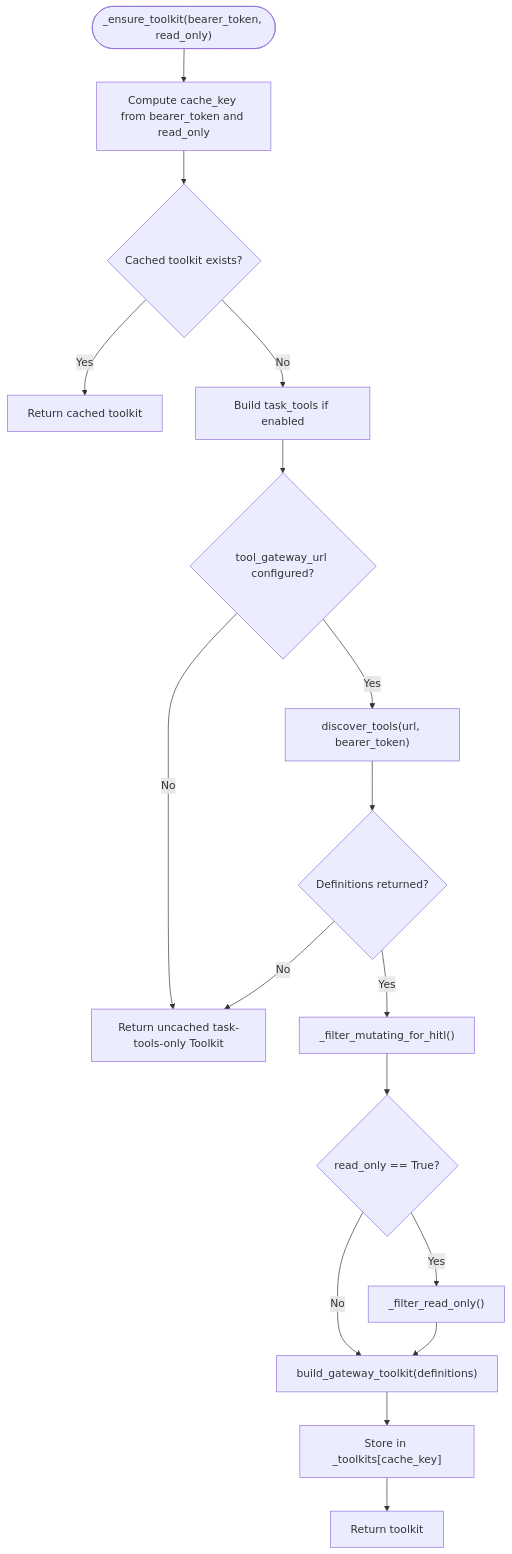
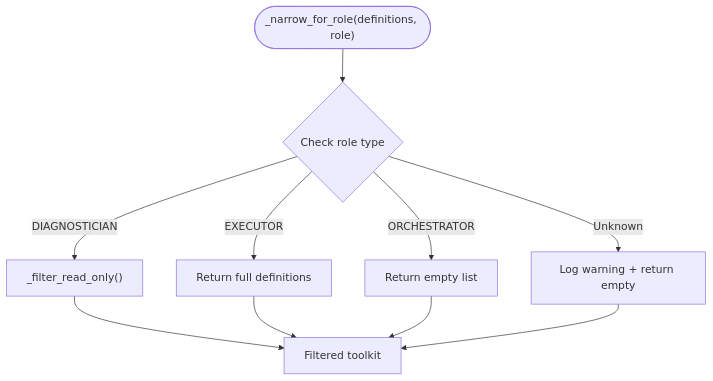
Before and after one commit to metasync/luban-aiops: the fourth of 7 diagrams in .qoder/repowiki/en/content/Shared Contracts/SPEC-073_ Role-Scoped Agent Identity and Authority.md, drawn with Mermaid. The commit also changed other lines of this file and 22 other files, not shown here.

````diff
--- a/.qoder/repowiki/en/content/Shared Contracts/SPEC-073_ Role-Scoped Agent Identity and Authority.md
+++ b/.qoder/repowiki/en/content/Shared Contracts/SPEC-073_ Role-Scoped Agent Identity and Authority.md
@@ -118,19 +192,12 @@
 ```mermaid
 flowchart TD
-Start(["_ensure_toolkit(bearer_token, read_only)"]) --> Key["Compute cache_key from bearer_token and read_only"]
-Key --> CheckCache{"Cached toolkit exists?"}
-CheckCache --> |Yes| ReturnCached["Return cached toolkit"]
-CheckCache --> |No| BuildTools["Build task_tools if enabled"]
-BuildTools --> HasGateway{"tool_gateway_url configured?"}
-HasGateway --> |No| ReturnTaskOnly["Return uncached task-tools-only Toolkit"]
-HasGateway --> |Yes| Discover["discover_tools(url, bearer_token)"]
-Discover --> Definitions{"Definitions returned?"}
-Definitions --> |No| ReturnTaskOnly
-Definitions --> |Yes| FilterMutating["_filter_mutating_for_hitl()"]
-FilterMutating --> ReadOnly{"read_only == True?"}
-ReadOnly --> |Yes| FilterRO["_filter_read_only()"]
-ReadOnly --> |No| BuildKit["build_gateway_toolkit(definitions)"]
-FilterRO --> BuildKit
-BuildKit --> Cache["Store in _toolkits[cache_key]"]
-Cache --> ReturnKit["Return toolkit"]
+Start(["_narrow_for_role(definitions, role)"]) --> CheckRole{"Check role type"}
+CheckRole --> |DIAGNOSTICIAN| FilterRO["_filter_read_only()"]
+CheckRole --> |EXECUTOR| ReturnFull["Return full definitions"]
+CheckRole --> |ORCHESTRATOR| ReturnEmpty["Return empty list"]
+CheckRole --> |Unknown| LogWarn["Log warning + return empty"]
+FilterRO --> Result["Filtered toolkit"]
+ReturnFull --> Result
+ReturnEmpty --> Result
+LogWarn --> Result
 ```
````
